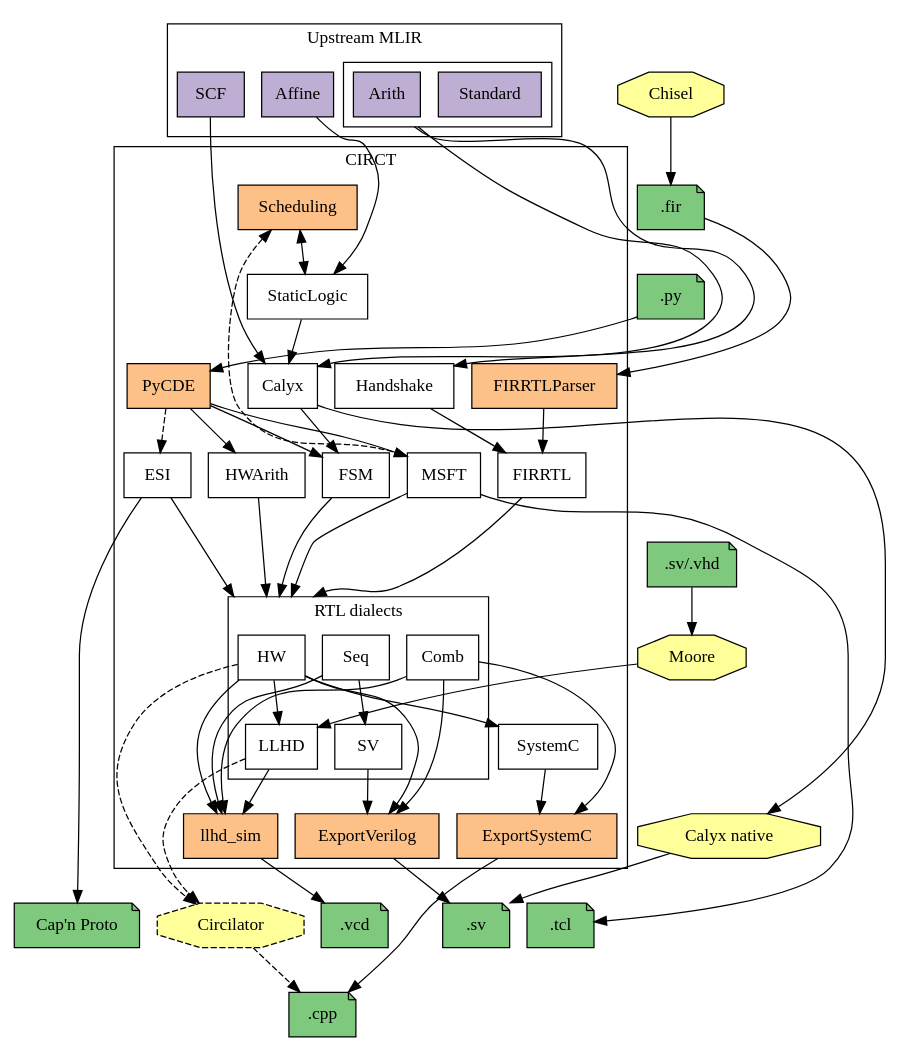
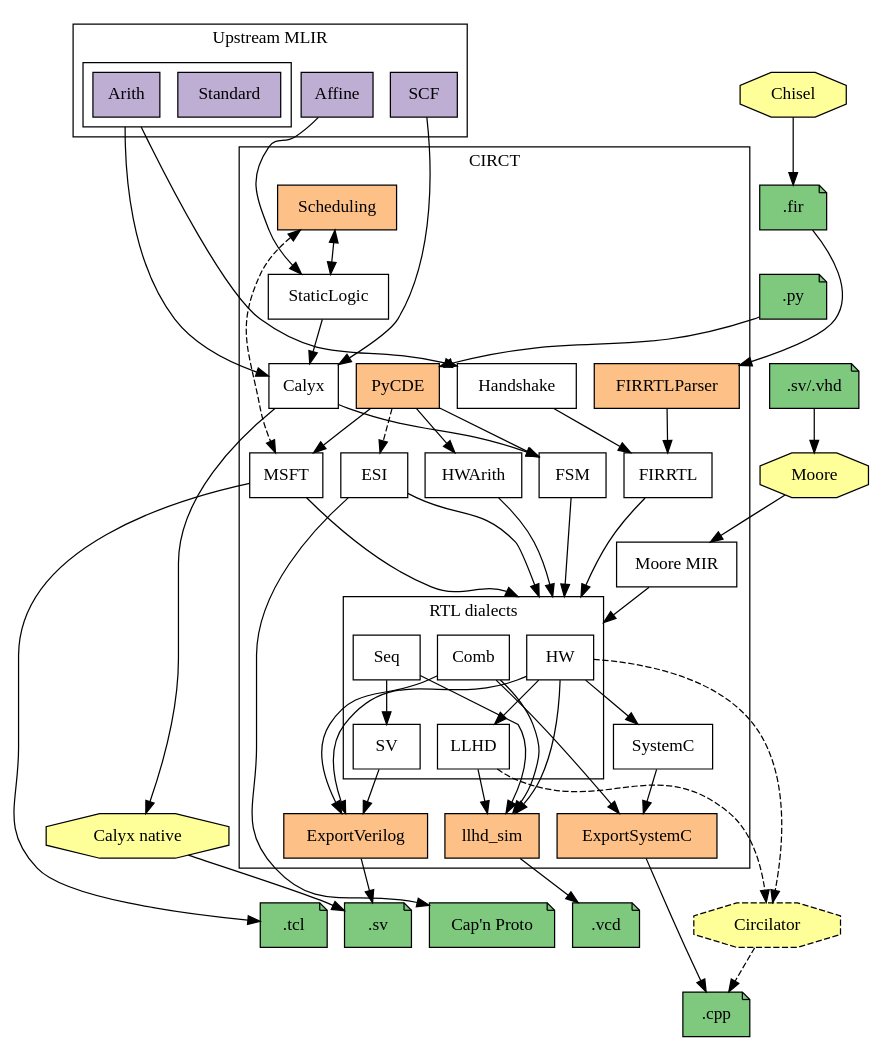
The diagram in docs/dialects.dot (thomasnormal/circt), drawn with Graphviz before and after one commit. The commit also changed 2 other files, not shown here.

Commit message:
[docs] Add Moore MIR dialect to diagram

```diff
--- a/docs/dialects.dot
+++ b/docs/dialects.dot
@@ -1,135 +1,136 @@
 digraph G {
   // Note: Remember to run the circt/utils/update-docs-dialects.sh script after
   // modifying this file to regenerate the .svg and .png renders of the graph.
   rankdir = TB
   splines=spline
   node [shape=box style=filled fillcolor="white"]
   nodesep=0.2 // horizontal compression
   ranksep=0.5 // vertical compression
   compound=true
 
   // MLIR dialects
   subgraph cluster_mlir {
     label = "Upstream MLIR";
     node [fillcolor="#beaed4"]
     SCF Affine
     subgraph cluster_std_arith_dialect {
       label = ""
       Standard Arith
     }
   }
 
   subgraph cluster_circt {
     label = "CIRCT"
     // CIRCT dialects
     Handshake [URL="https://circt.llvm.org/docs/Dialects/Handshake/"]
     Calyx [URL="https://circt.llvm.org/docs/Dialects/Calyx/"]
     FIRRTL [URL="https://circt.llvm.org/docs/Dialects/FIRRTL/"]
     StaticLogic [URL="https://circt.llvm.org/docs/Dialects/StaticLogic/"]
     MSFT [URL="https://circt.llvm.org/docs/Dialects/MSFT/"]
     ESI [URL="https://circt.llvm.org/docs/Dialects/ESI/"]
     FSM [URL="https://circt.llvm.org/docs/Dialects/FSM/"]
     HWArith [URL="https://circt.llvm.org/docs/Dialects/HWArith/"]
     SystemC [URL="https://circt.llvm.org/docs/Dialects/SystemC/"]
+    MooreMIR [URL="https://circt.llvm.org/docs/Dialects/Moore/", label="Moore MIR"]
 
     // Invisible node to make space for RTL cluster's incoming edges.
     space_above_RTL [style = invis, label=""]
 
     subgraph cluster_RTL {
       label = "RTL dialects"
       Seq [URL="https://circt.llvm.org/docs/Dialects/Seq/"]
       HW [URL="https://circt.llvm.org/docs/Dialects/HW/"]
       SV [URL="https://circt.llvm.org/docs/Dialects/SV/"]
       Comb [URL="https://circt.llvm.org/docs/Dialects/Comb/"]
       LLHD [URL="https://circt.llvm.org/docs/Dialects/LLHD/"]
     }
 
     // Internal tools
     subgraph internal_tools{
       node [fillcolor="#fdc086"]
       FIRRTLParser llhd_sim ExportSystemC
       ExportVerilog [URL="https://circt.llvm.org/docs/VerilogGeneration/"]
       PyCDE [URL="https://circt.llvm.org/docs/PyCDE/"]
       Scheduling [URL="https://circt.llvm.org/docs/Scheduling/"]
     }
   }
 
   // External tools
   subgraph external_tools {
     node [shape=octagon fillcolor="#ffff99"]
     Moore Chisel
     Calyx_native [label="Calyx native"]
     Circilator [style="dashed,filled"]
   }
 
   // File formats
   subgraph file_formats {
     node [fillcolor="#7fc97f" shape="note"]
     VCDTrace [label=".vcd"]
     CPPFile [label=".cpp"]
     SVFile [label=".sv"]
     CapNProto [label="Cap'n Proto"]
     TCL [label=".tcl"]
     FIRFile [label=".fir"]
     SVVHDL [label=".sv/.vhd"]
     PyFile [label=".py"]
   }
 
   // ===== Connections =====
   // Dialect conversions
   SCF -> Calyx
   Affine -> StaticLogic
   StaticLogic -> Calyx
   Arith -> {Handshake Calyx} [ltail=cluster_std_arith_dialect]
 
   Handshake -> FIRRTL
   Calyx -> FSM
 
   // Things that lower into a subset of the RTL-like dialects. Cluster these
   // together to avoid a massive clutter.
-  {FIRRTL FSM ESI MSFT HWArith} -> HW [lhead=cluster_RTL]
+  {FIRRTL FSM ESI MSFT HWArith MooreMIR} -> HW [lhead=cluster_RTL]
   Seq -> SV
   HW -> LLHD
   Comb -> ExportVerilog
   HW -> SystemC
 
   // Tool flows
   Scheduling -> StaticLogic [dir=both]
   Chisel -> FIRFile
   FIRFile -> FIRRTLParser
   FIRRTLParser -> FIRRTL
   {SystemC, Comb} -> ExportSystemC
   ExportSystemC -> CPPFile
   {HW SV} -> ExportVerilog
   SVVHDL -> Moore [weight=999]
-  Moore -> LLHD
+  Moore -> MooreMIR
   {LLHD HW} -> Circilator [style=dashed]
   Calyx -> Calyx_native
   {Calyx_native ExportVerilog} -> SVFile
   Circilator -> CPPFile [style=dashed]
   {LLHD Comb HW Seq} -> llhd_sim
   llhd_sim -> VCDTrace
   ESI -> CapNProto
   MSFT -> TCL
   PyFile -> PyCDE
   PyCDE -> ESI [style=dashed]
   PyCDE -> MSFT
   PyCDE -> HWArith
   PyCDE -> FSM
   Scheduling -> MSFT [dir=both, style=dashed]
 
   // ====== Some fake edges to coerce a good layout ======
   // Note: Modify these if you make changes to the above diagram, and things
   // start looking weird.
   Affine -> Scheduling [weight=999 style=invis]
   FIRFile -> PyFile [weight=999 style=invis]
 
   // Leave one rank free above the RTL cluster to improve routing of incoming
   // edges.
   {FIRRTL FSM ESI MSFT HWArith} -> space_above_RTL [weight=999, style=invis]
   space_above_RTL -> {Seq HW Comb} [lhead=cluster_RTL, weight=999, style=invis]
 
   // Fix the following sink nodes below the CIRCT cluster
   llhd_sim -> {SVFile Circilator TCL CapNProto} [weight=999 style=invis]
   Calyx_native -> SVFile [weight=999 style=invis]
 }
```
